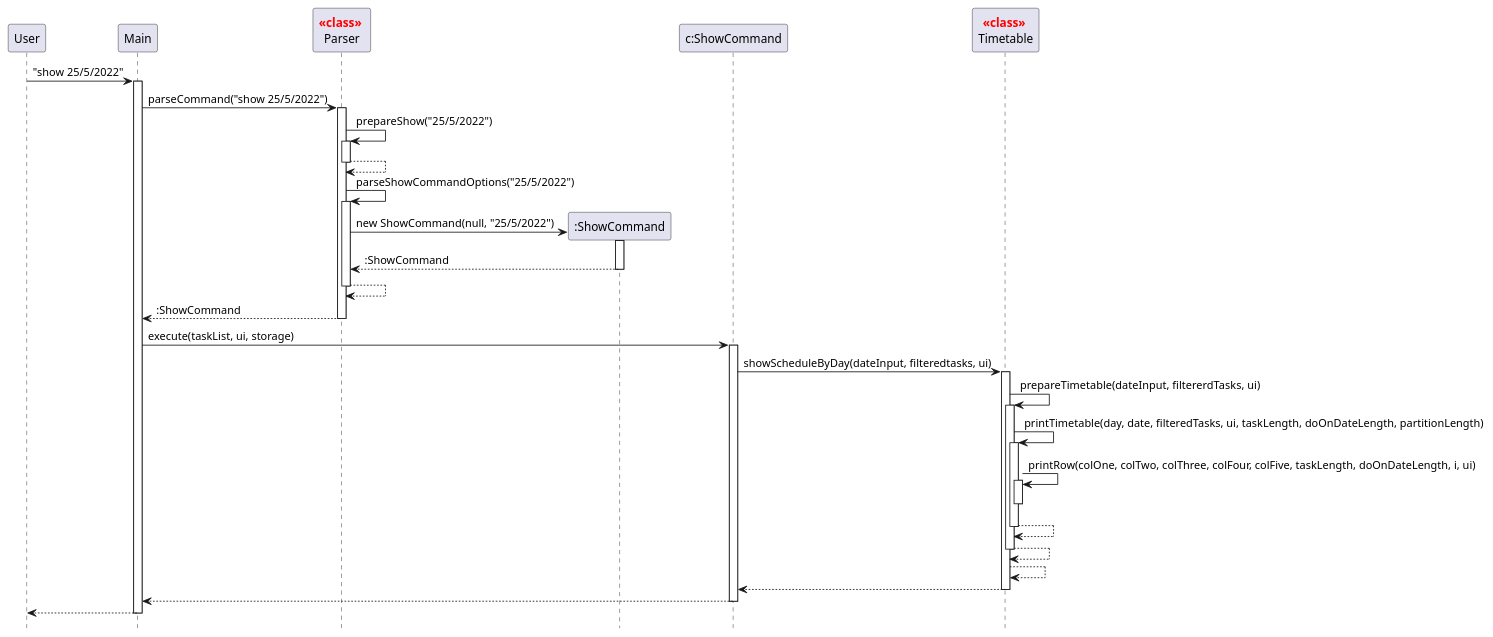
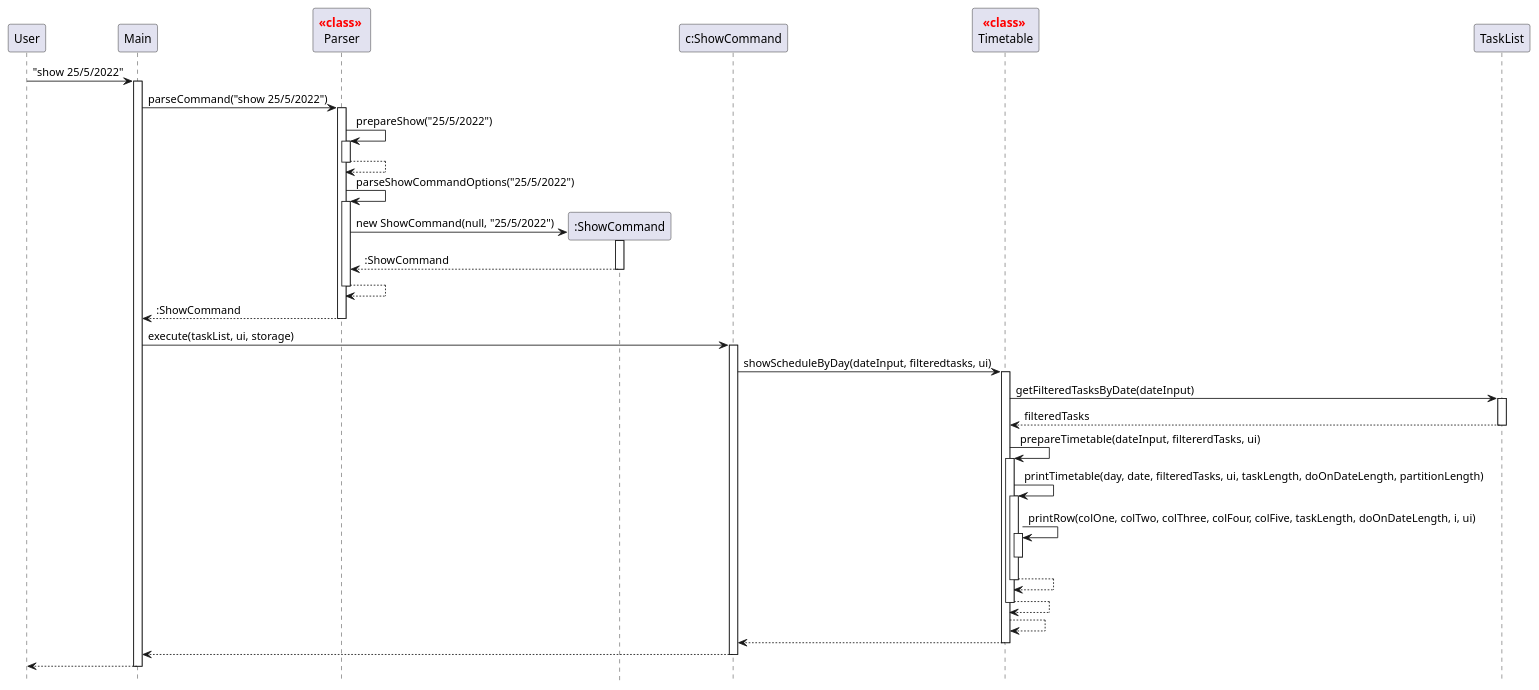
Before and after one commit to nus-cs2113-AY2122S2/tp: the diagram in docs/puml/showTodaySchedule.puml, drawn with PlantUML.

Commit message:
Update TodaySchedule UML diagram

```diff
--- a/docs/puml/showTodaySchedule.puml
+++ b/docs/puml/showTodaySchedule.puml
@@ -1,63 +1,69 @@
 @startuml
 
 hide footbox
 
 participant User as User
 participant Main as Main
 participant "<font color=red>**<<class>>** \nParser" as Parser
 participant ":ShowCommand" as ShowCommand
 participant "c:ShowCommand" as instanceShowCommand
 participant "<font color=red>**<<class>>** \nTimetable" as Timetable
 
 User -> Main: "show 25/5/2022"
 
 activate Main
 
 Main -> Parser: parseCommand("show 25/5/2022")
 activate Parser
 Parser -> Parser: prepareShow("25/5/2022")
 activate Parser
 Parser --> Parser:
 deactivate Parser
 
 Parser -> Parser: parseShowCommandOptions("25/5/2022")
 activate Parser
 create ShowCommand
 Parser ->  ShowCommand: new ShowCommand(null, "25/5/2022")
 activate ShowCommand
 ShowCommand --> Parser: :ShowCommand
 deactivate ShowCommand
 Parser --> Parser
 deactivate Parser
 
 Parser --> Main: :ShowCommand
 deactivate Parser
 
 Main -> instanceShowCommand: execute(taskList, ui, storage)
 activate instanceShowCommand
 instanceShowCommand -> Timetable: showScheduleByDay(dateInput, filteredtasks, ui)
 activate Timetable
+
+Timetable -> TaskList: getFilteredTasksByDate(dateInput)
+activate TaskList
+TaskList --> Timetable: filteredTasks
+deactivate TaskList
+
 Timetable -> Timetable: prepareTimetable(dateInput, filtererdTasks, ui)
 activate Timetable
 Timetable -> Timetable: printTimetable(day, date, filteredTasks, ui, taskLength, doOnDateLength, partitionLength)
 activate Timetable
 Timetable -> Timetable: printRow(colOne, colTwo, colThree, colFour, colFive, taskLength, doOnDateLength, i, ui)
 activate Timetable
 deactivate Timetable
 Timetable --> Timetable
 deactivate Timetable
 Timetable --> Timetable
 deactivate Timetable
 Timetable --> Timetable
 
 Timetable --> instanceShowCommand
 deactivate Timetable
 
 instanceShowCommand --> Main
 deactivate instanceShowCommand
 
 Main --> User
 deactivate Main
 
 
 @enduml
```
